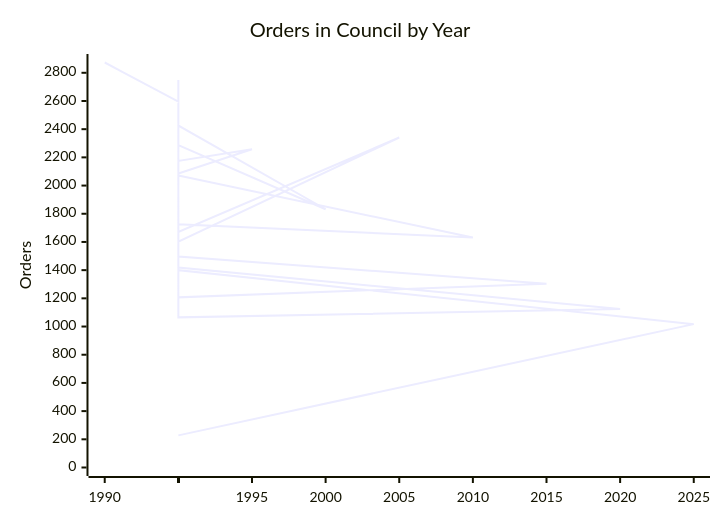
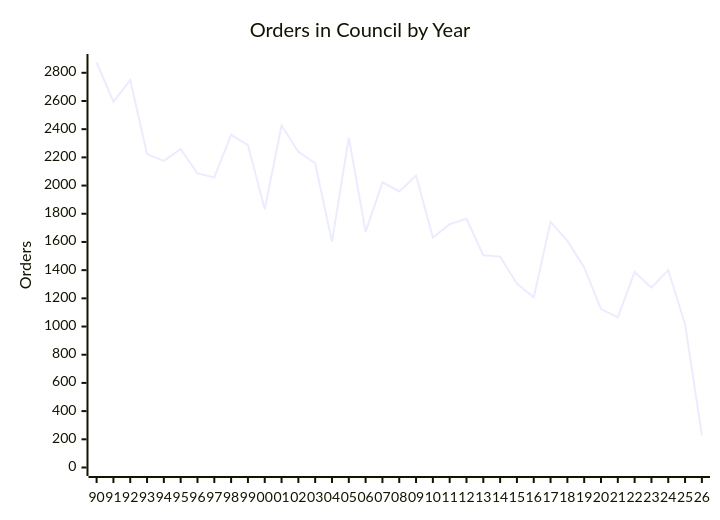
The first of 2 diagrams in README.md (PatLittle/oic-data), drawn with Mermaid before and after one commit. The commit also changed other lines of this file and 1 other file, not shown here.

````diff
--- a/README.md
+++ b/README.md
@@ -40,7 +40,13 @@
 ```mermaid
+---
+config:
+  xychart:
+    xAxis:
+      labelFontSize: 8
+---
 xychart-beta
     title "Orders in Council by Year"
-    x-axis ["1990", " ", " ", " ", " ", "1995", " ", " ", " ", " ", "2000", " ", " ", " ", " ", "2005", " ", " ", " ", " ", "2010", " ", " ", " ", " ", "2015", " ", " ", " ", " ", "2020", " ", " ", " ", " ", "2025", " "]
+    x-axis ["90", "91", "92", "93", "94", "95", "96", "97", "98", "99", "00", "01", "02", "03", "04", "05", "06", "07", "08", "09", "10", "11", "12", "13", "14", "15", "16", "17", "18", "19", "20", "21", "22", "23", "24", "25", "26"]
     y-axis "Orders" 0 --> 2873
     line [2873, 2595, 2748, 2223, 2175, 2258, 2086, 2058, 2360, 2287, 1832, 2426, 2240, 2158, 1602, 2341, 1671, 2023, 1958, 2071, 1632, 1726, 1764, 1506, 1496, 1304, 1207, 1743, 1607, 1419, 1124, 1065, 1386, 1276, 1400, 1017, 228]
 ```
````
